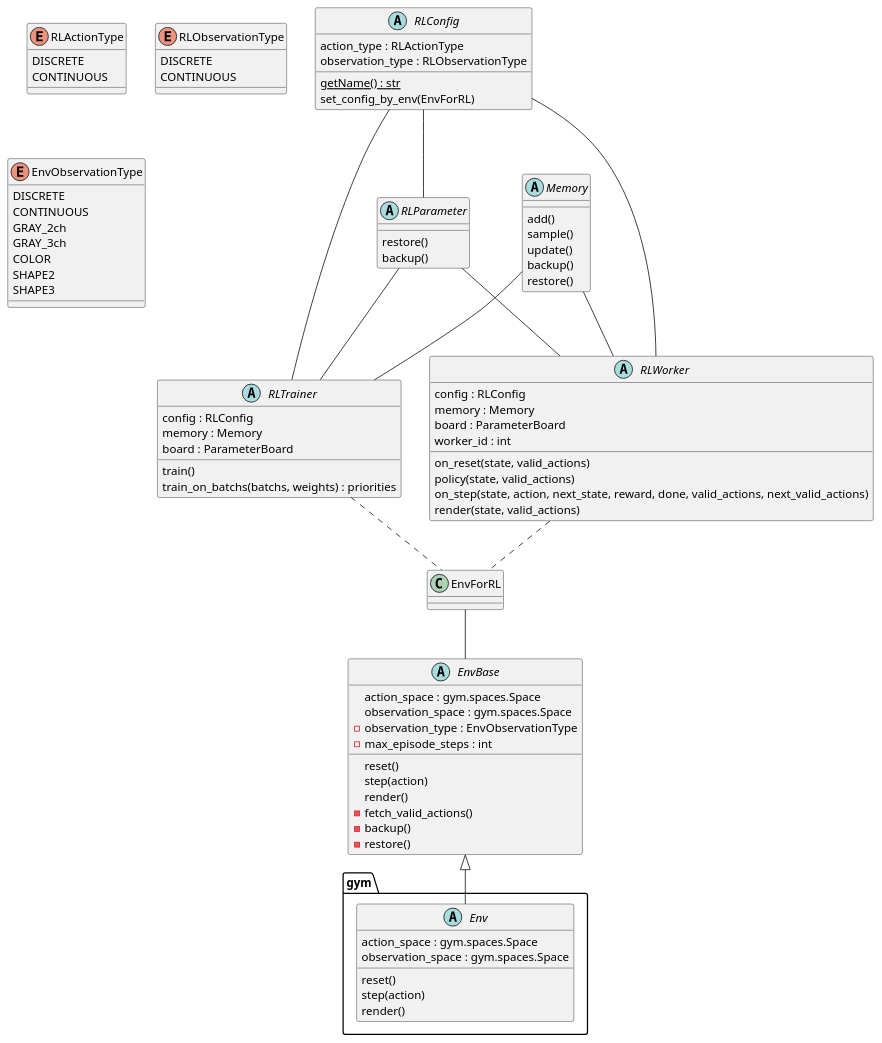
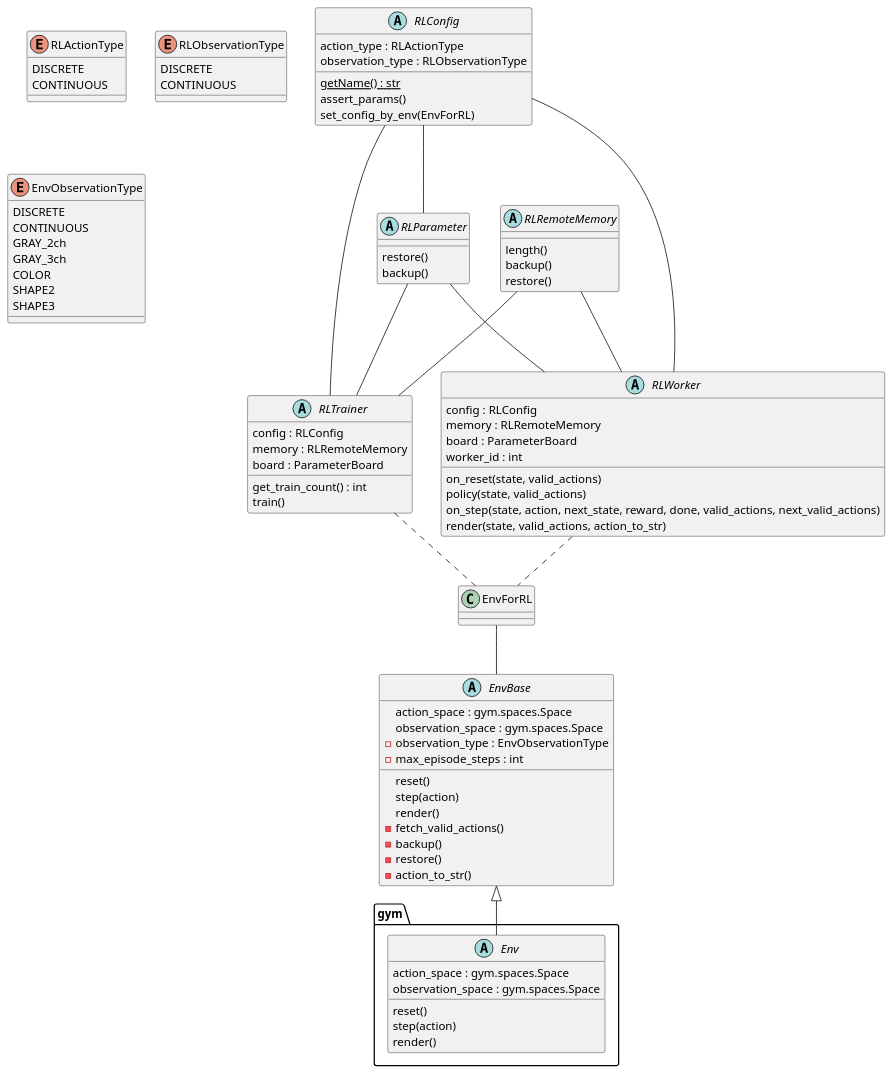
Before and after one commit to pocokhc/simple_distributed_rl: the diagram in diagrams/class.pu, drawn with PlantUML. The commit also changed 47 other files, not shown here.

```diff
--- a/diagrams/class.pu
+++ b/diagrams/class.pu
@@ -1,101 +1,101 @@
 @startuml
 
 abstract gym.Env {
     action_space : gym.spaces.Space
     observation_space : gym.spaces.Space
     reset()
     step(action)
     render()
 }
 
 enum RLActionType {
     DISCRETE
     CONTINUOUS
 }
 
 enum RLObservationType {
     DISCRETE
     CONTINUOUS
 }
 
 enum EnvObservationType {
     DISCRETE
     CONTINUOUS
     GRAY_2ch
     GRAY_3ch
     COLOR
     SHAPE2
     SHAPE3
 }
 
 abstract EnvBase {
     action_space : gym.spaces.Space
     observation_space : gym.spaces.Space
     reset()
     step(action)
     render()
     - observation_type : EnvObservationType
     - max_episode_steps : int
     - fetch_valid_actions()
     - backup()
     - restore()
+    - action_to_str()
 } 
 
 class EnvForRL
 
-abstract Memory {
-    add()
-    sample()
-    update()
+abstract RLRemoteMemory {
+    length()
     backup()
     restore()
 }
 
 
 abstract RLConfig {
     {static} getName() : str
     action_type : RLActionType
     observation_type : RLObservationType
+    assert_params()
     set_config_by_env(EnvForRL)
 }
 
 abstract RLParameter {
     restore()
     backup()
 }
 
 abstract RLTrainer {
     config : RLConfig
-    memory : Memory
+    memory : RLRemoteMemory
     board : ParameterBoard
+    get_train_count() : int
     train()
-    train_on_batchs(batchs, weights) : priorities
 }
 
 abstract RLWorker {
     config : RLConfig
-    memory : Memory
+    memory : RLRemoteMemory
     board : ParameterBoard
     worker_id : int
     on_reset(state, valid_actions)
     policy(state, valid_actions)
     on_step(state, action, next_state, reward, done, valid_actions, next_valid_actions)
-    render(state, valid_actions)
+    render(state, valid_actions, action_to_str)
 }
 
 
 EnvBase <|-- gym.Env 
 EnvForRL -- EnvBase
 
 RLConfig -- RLWorker
 RLConfig -- RLTrainer
 RLConfig -- RLParameter
 RLParameter -- RLWorker
 RLParameter -- RLTrainer
-Memory -- RLWorker
-Memory -- RLTrainer
+RLRemoteMemory -- RLWorker
+RLRemoteMemory -- RLTrainer
 
 RLWorker .. EnvForRL
 RLTrainer .. EnvForRL
 
 @enduml
```
